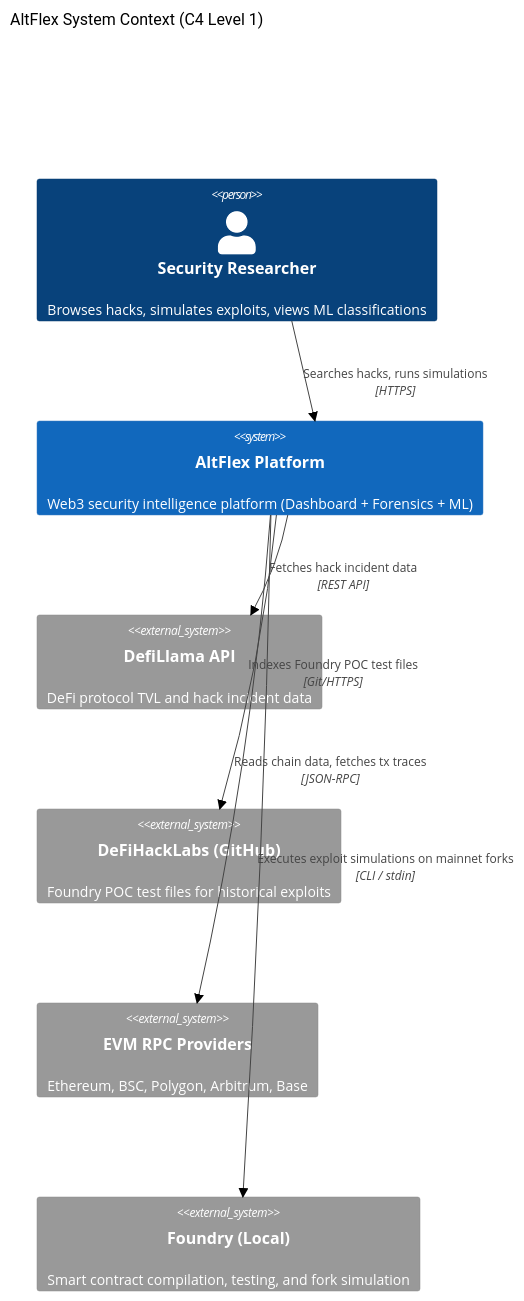
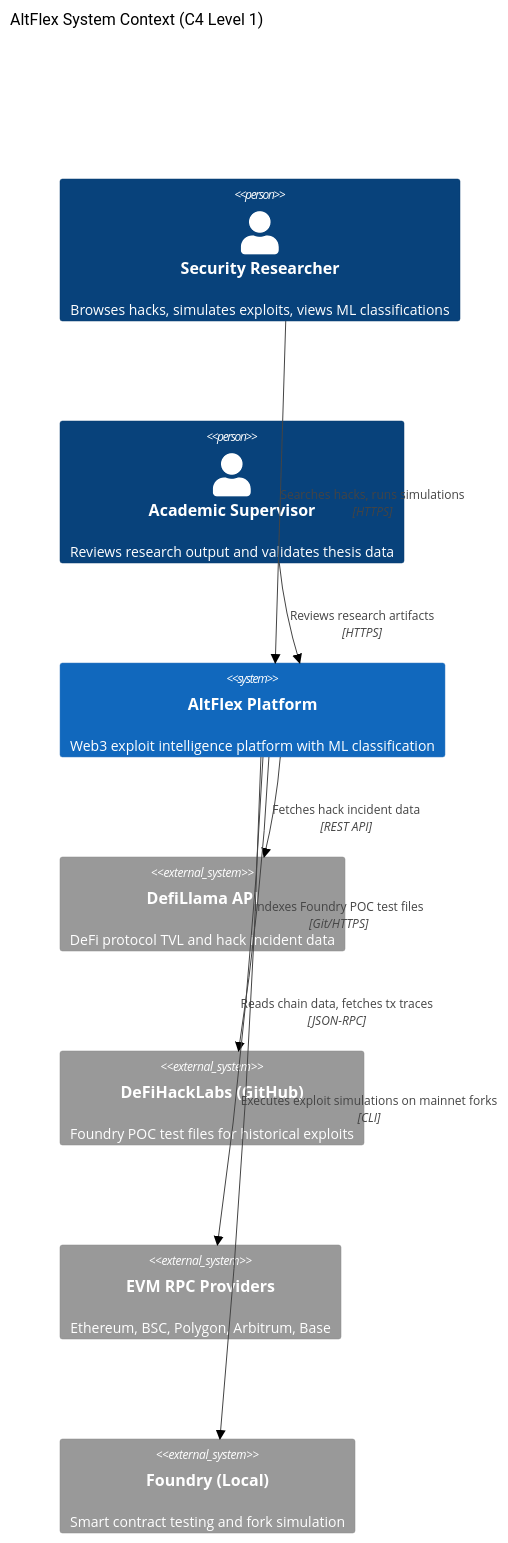
The first of 3 diagrams in SYSTEM_ARCHITECTURE_THESIS.md (Artificial-Ledger-Technology/ALT-Flex), drawn with Mermaid (neutral theme) before and after one commit. The commit also changed other lines of this file, not shown here.

Commit message:
docs: update SYSTEM_ARCHITECTURE_THESIS.md with deployment details

````diff
--- a/SYSTEM_ARCHITECTURE_THESIS.md
+++ b/SYSTEM_ARCHITECTURE_THESIS.md
@@ -41,19 +44,21 @@
 ```mermaid
 C4Context
     title AltFlex System Context (C4 Level 1)
 
     Person(researcher, "Security Researcher", "Browses hacks, simulates exploits, views ML classifications")
+    Person(supervisor, "Academic Supervisor", "Reviews research output and validates thesis data")
 
-    System(altflex, "AltFlex Platform", "Web3 security intelligence platform (Dashboard + Forensics + ML)")
+    System(altflex, "AltFlex Platform", "Web3 exploit intelligence platform with ML classification")
 
     System_Ext(defillama, "DefiLlama API", "DeFi protocol TVL and hack incident data")
     System_Ext(defihacklabs, "DeFiHackLabs (GitHub)", "Foundry POC test files for historical exploits")
     System_Ext(rpc, "EVM RPC Providers", "Ethereum, BSC, Polygon, Arbitrum, Base")
-    System_Ext(foundry, "Foundry (Local)", "Smart contract compilation, testing, and fork simulation")
+    System_Ext(foundry, "Foundry (Local)", "Smart contract testing and fork simulation")
 
     Rel(researcher, altflex, "Searches hacks, runs simulations", "HTTPS")
+    Rel(supervisor, altflex, "Reviews research artifacts", "HTTPS")
     Rel(altflex, defillama, "Fetches hack incident data", "REST API")
     Rel(altflex, defihacklabs, "Indexes Foundry POC test files", "Git/HTTPS")
     Rel(altflex, rpc, "Reads chain data, fetches tx traces", "JSON-RPC")
-    Rel(altflex, foundry, "Executes exploit simulations on mainnet forks", "CLI / stdin")
+    Rel(altflex, foundry, "Executes exploit simulations on mainnet forks", "CLI")
 ```
````
